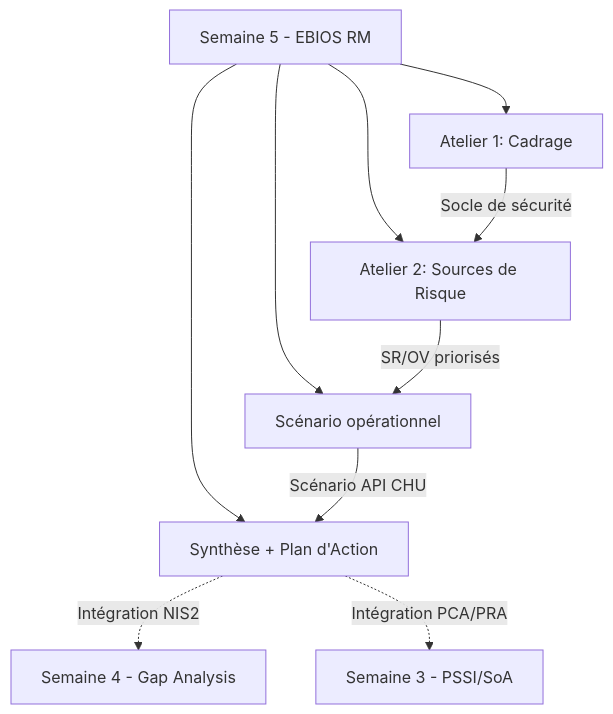
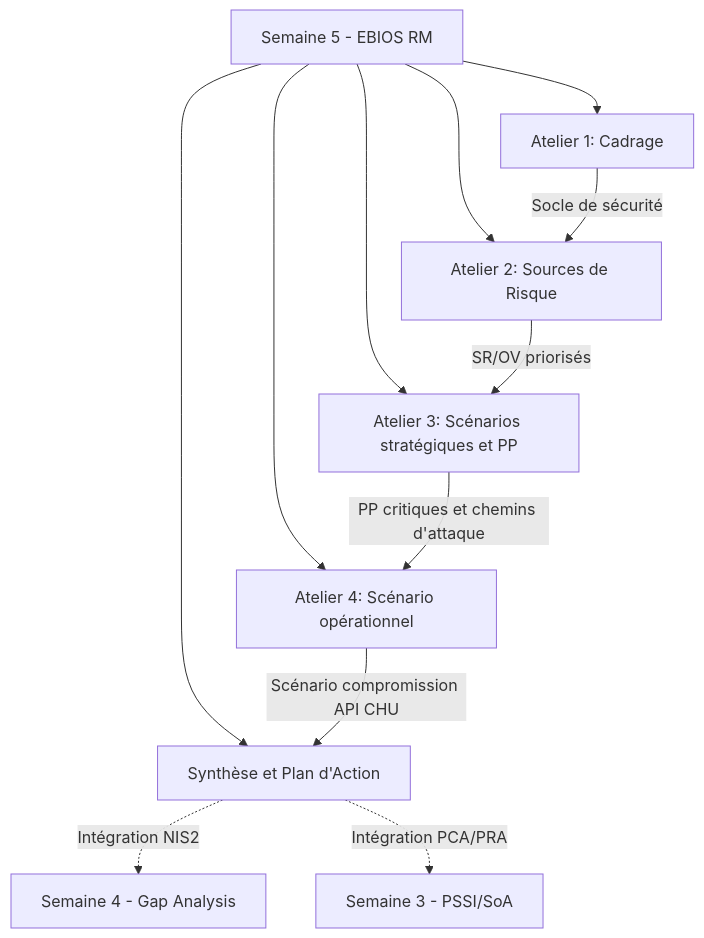
One commit to solenefig-lab/grc-pme-fictive changed the diagram in semaine-5-ebios-rm/README.md. Above: the diagram before and after it, drawn with Mermaid. The commit also changed other lines of this file and 5 other files, not shown here.

Commit message:
add: Atelier 3 - Scénarios stratégiques; fix: livrables attendus et cohérence livrables entre eux

````diff
--- a/semaine-5-ebios-rm/README.md
+++ b/semaine-5-ebios-rm/README.md
@@ -44,12 +45,14 @@
 ```mermaid
 flowchart TD
     A[Semaine 5 - EBIOS RM] --> B[Atelier 1: Cadrage]
     A --> C[Atelier 2: Sources de Risque]
-    A --> D[Scénario opérationnel]
-    A --> E[Synthèse + Plan d'Action]
+    A --> D[Atelier 3: Scénarios stratégiques et PP]
+    A --> E[Atelier 4: Scénario opérationnel]
+    A --> F[Synthèse et Plan d'Action]
     B -->|Socle de sécurité| C
     C -->|SR/OV priorisés| D
-    D -->|Scénario API CHU| E
-    E -.->|Intégration NIS2| F[Semaine 4 - Gap Analysis]
-    E -.->|Intégration PCA/PRA| G[Semaine 3 - PSSI/SoA]
+    D -->|PP critiques et chemins d'attaque| E
+    E -->|Scénario compromission API CHU| F
+    F -.->|Intégration NIS2| G[Semaine 4 - Gap Analysis]
+    F -.->|Intégration PCA/PRA| H[Semaine 3 - PSSI/SoA]
 ```
````
